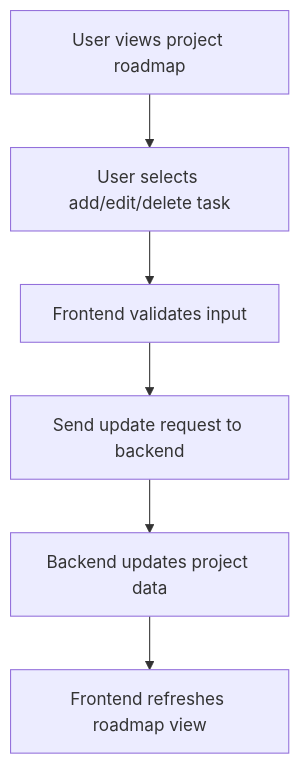
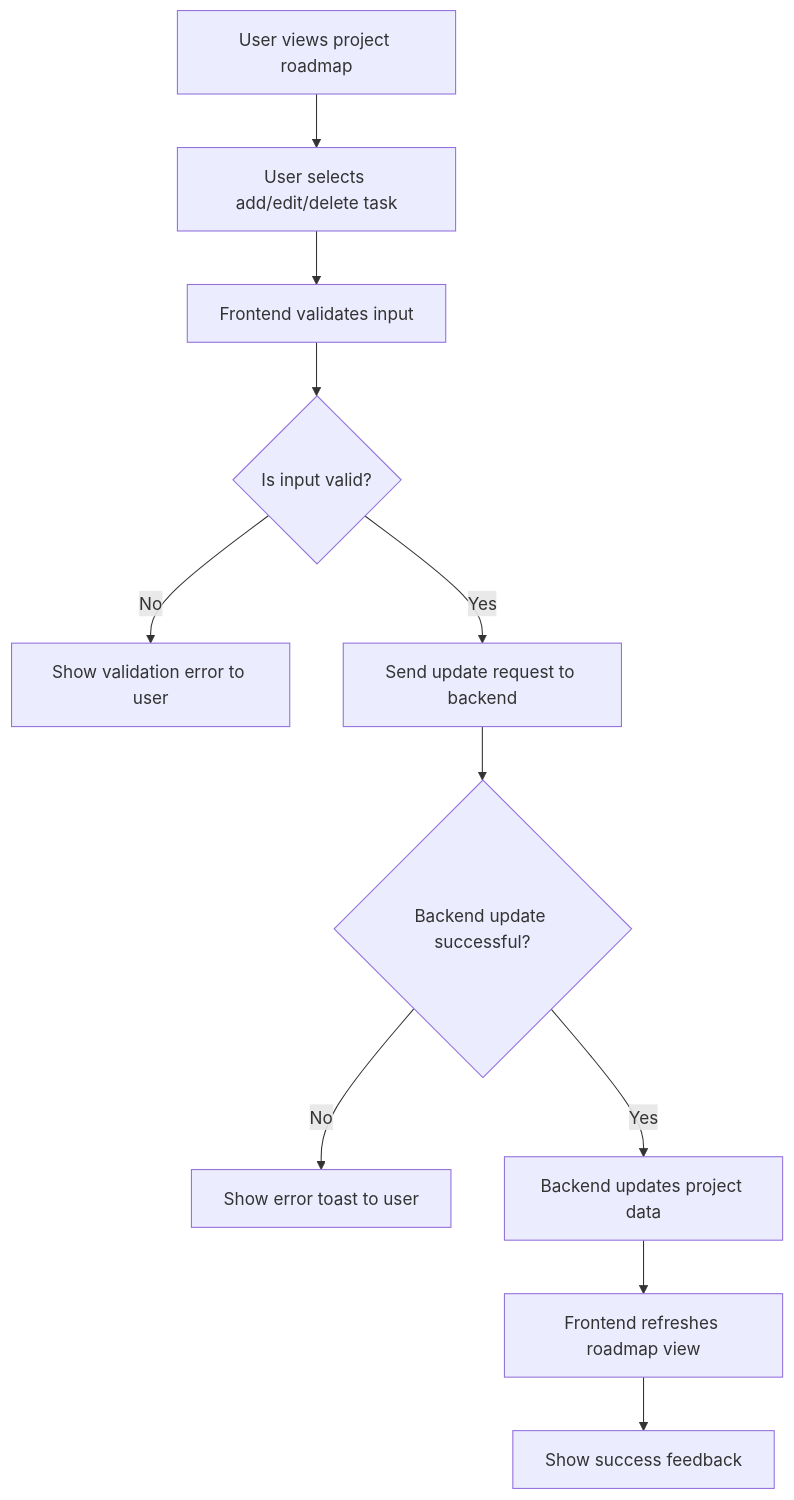
One commit to MetaU-Capstone-Solomon/project-planner changed the third of 5 diagrams in README.md. Above: the diagram before and after it, drawn with Mermaid. The commit also changed other lines of this file, not shown here.

Commit message:
flowchart: enhance stretch goal flowcharts with validation, error handling, and user feedback

````diff
--- a/README.md
+++ b/README.md
@@ -180,8 +184,13 @@
 ```mermaid
 flowchart TD
   A["User views project roadmap"] --> B["User selects add/edit/delete task"]
   B --> C["Frontend validates input"]
-  C --> D["Send update request to backend"]
-  D --> E["Backend updates project data"]
-  E --> F["Frontend refreshes roadmap view"]
+  C --> D{"Is input valid?"}
+  D -- "No" --> E["Show validation error to user"]
+  D -- "Yes" --> F["Send update request to backend"]
+  F --> G{"Backend update successful?"}
+  G -- "No" --> H["Show error toast to user"]
+  G -- "Yes" --> I["Backend updates project data"]
+  I --> J["Frontend refreshes roadmap view"]
+  J --> K["Show success feedback"]
 ```
````
